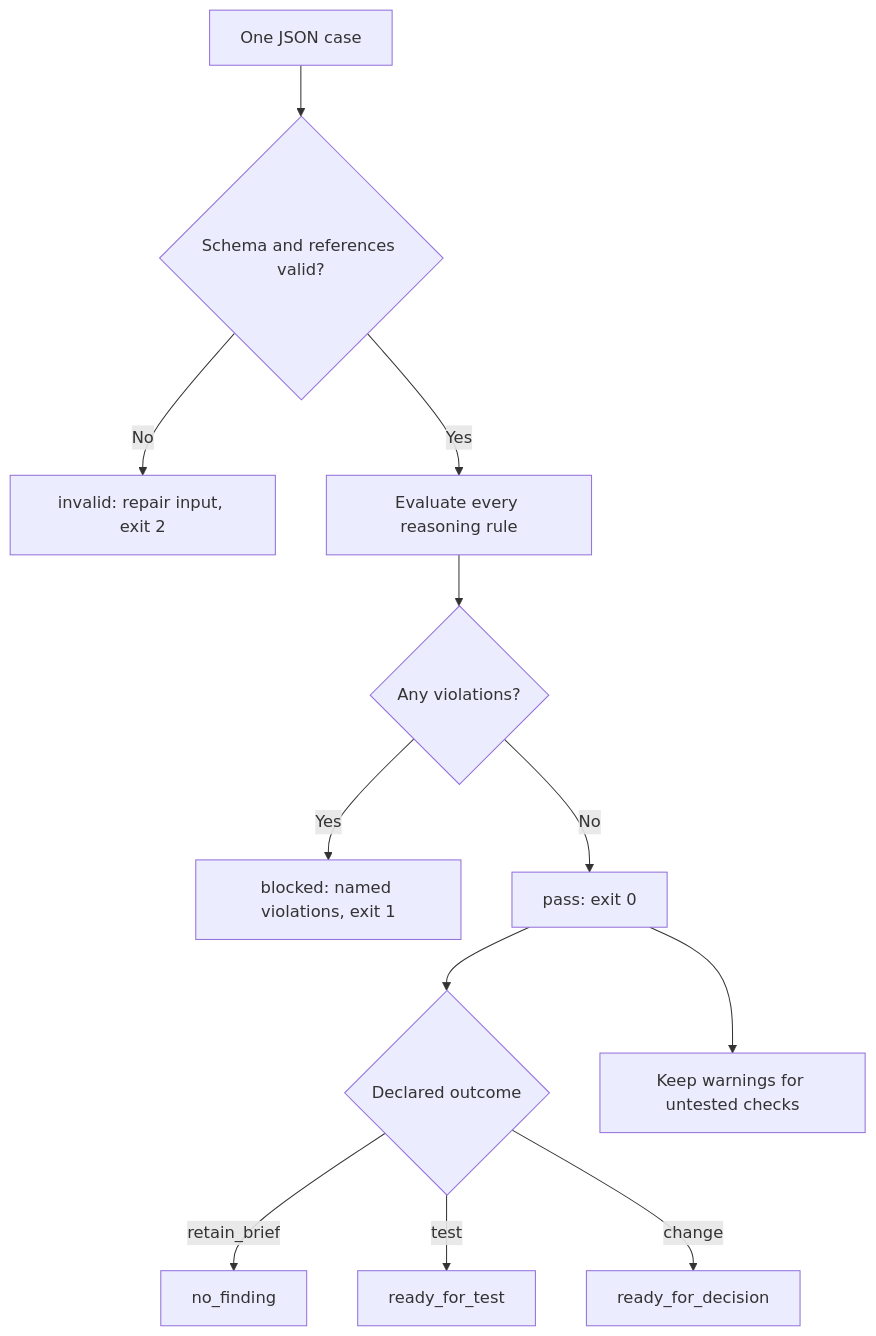
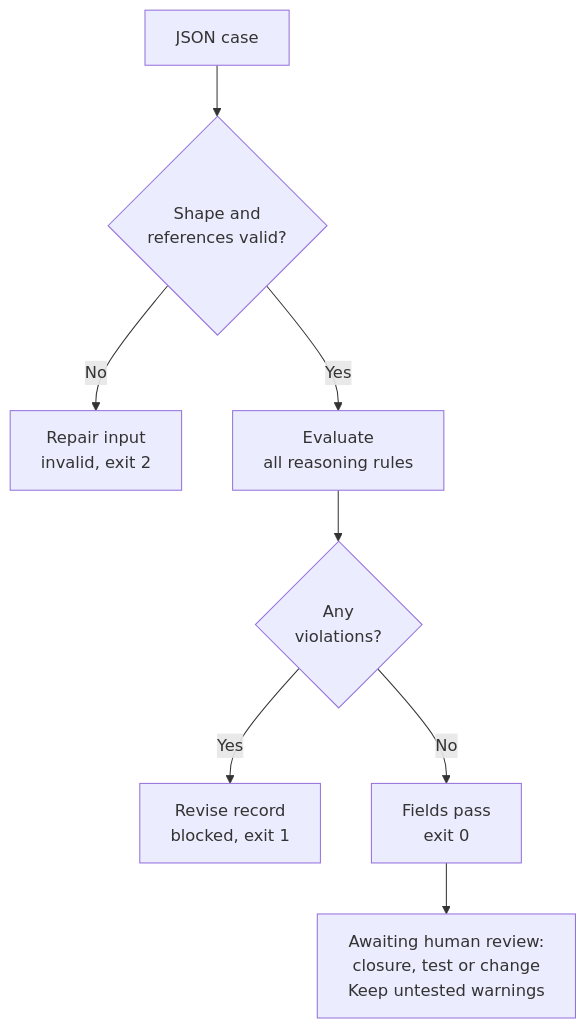
Before and after one commit to maciejjankowski/zizkian: the fourth of 9 diagrams in docs/guide.md, drawn with Mermaid. The commit also changed other lines of this file and 69 other files, not shown here.

Commit message:
fix: preserve JSON types and leave passing records awaiting human review

````diff
--- a/docs/guide.md
+++ b/docs/guide.md
@@ -72,14 +61,10 @@
 ```mermaid
 flowchart TD
-    J[One JSON case] --> S{Schema and references valid?}
-    S -->|No| I[invalid: repair input, exit 2]
-    S -->|Yes| R[Evaluate every reasoning rule]
-    R --> B{Any violations?}
-    B -->|Yes| X[blocked: named violations, exit 1]
-    B -->|No| P[pass: exit 0]
-    P --> K{Declared outcome}
-    K -->|retain_brief| N[no_finding]
-    K -->|test| T[ready_for_test]
-    K -->|change| D[ready_for_decision]
-    P --> W[Keep warnings for untested checks]
+    J["JSON case"] --> S{"Shape and<br/>references valid?"}
+    S -->|No| I["Repair input<br/>invalid, exit 2"]
+    S -->|Yes| R["Evaluate<br/>all reasoning rules"]
+    R --> B{"Any<br/>violations?"}
+    B -->|Yes| X["Revise record<br/>blocked, exit 1"]
+    B -->|No| P["Fields pass<br/>exit 0"]
+    P --> W["Awaiting human review:<br/>closure, test or change<br/>Keep untested warnings"]
 ```
````
